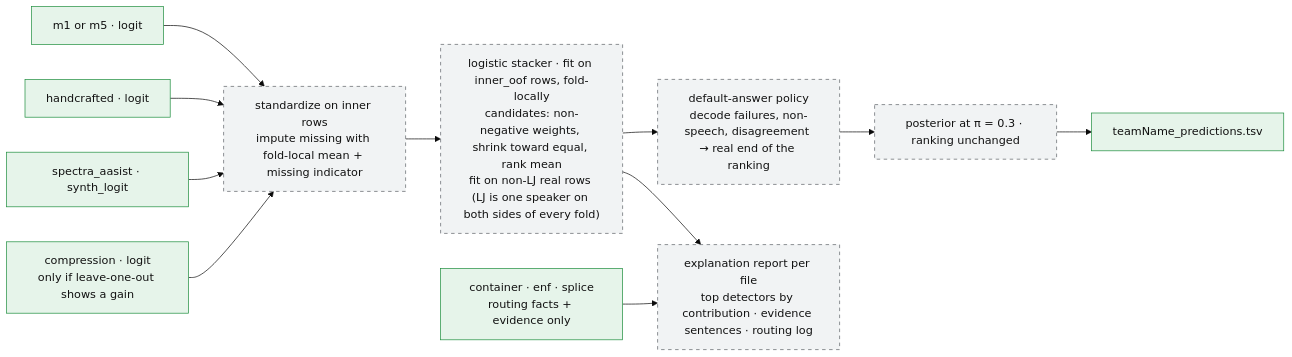
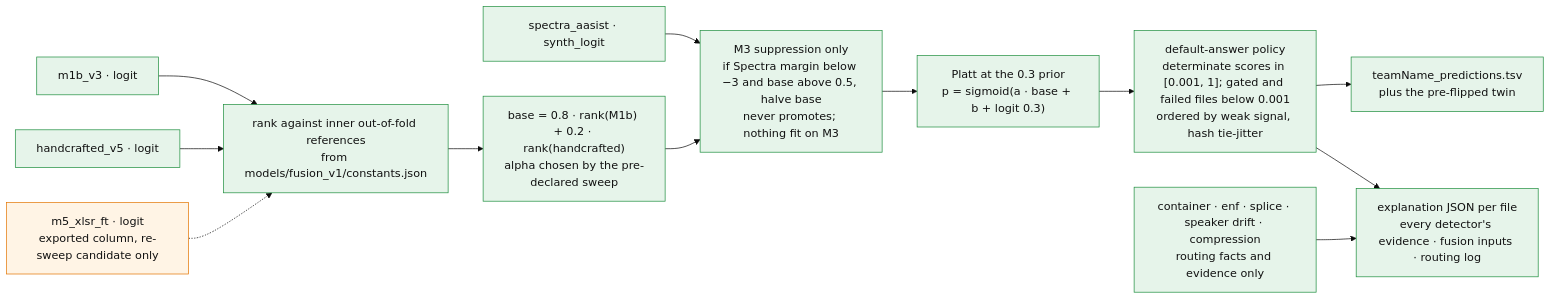
One commit to nrstough/hearsay changed the fifth of 5 diagrams in docs/architecture.md. Above: the diagram before and after it, drawn with Mermaid (base theme). The commit also changed other lines of this file and 19 other files, not shown here.

Commit message:
docs(oversight): frontend wiring handoff for Hrushi (fusion section spelled out), consult response, handoffs, code map, architecture diagram, STATUS

````diff
--- a/docs/architecture.md
+++ b/docs/architecture.md
@@ -278,28 +213,30 @@
 ```mermaid
 flowchart LR
-  E1["m1 or m5 · logit"]
-  E2["handcrafted · logit"]
+  E1["m1b_v3 · logit"]
+  E2["handcrafted_v5 · logit"]
   E3["spectra_aasist · synth_logit"]
-  E4["compression · logit<br/>only if leave-one-out shows a gain"]
-  Z["standardize on inner rows<br/>impute missing with fold-local mean + missing indicator"]
-  E1 --> Z
-  E2 --> Z
-  E3 --> Z
-  E4 --> Z
-  STK["logistic stacker · fit on inner_oof rows, fold-locally<br/>candidates: non-negative weights, shrink toward equal, rank mean<br/>fit on non-LJ real rows (LJ is one speaker on both sides of every fold)"]
-  Z --> STK
-  GATE["default-answer policy<br/>decode failures, non-speech, disagreement → real end of the ranking"]
-  STK --> GATE
-  POST["posterior at π = 0.3 · ranking unchanged"]
-  GATE --> POST
-  TSV["teamName_predictions.tsv"]
-  POST --> TSV
-  RB["container · enf · splice<br/>routing facts + evidence only"]
-  EXP["explanation report per file<br/>top detectors by contribution · evidence sentences · routing log"]
+  E4["m5_xlsr_ft · logit<br/>exported column, re-sweep candidate only"]
+  R1["rank against inner out-of-fold references<br/>from models/fusion_v1/constants.json"]
+  E1 --> R1
+  E2 --> R1
+  BL["base = 0.8 · rank(M1b) + 0.2 · rank(handcrafted)<br/>alpha chosen by the pre-declared sweep"]
+  R1 --> BL
+  SUP["M3 suppression only<br/>if Spectra margin below −3 and base above 0.5, halve base<br/>never promotes; nothing fit on M3"]
+  E3 --> SUP
+  BL --> SUP
+  PL["Platt at the 0.3 prior<br/>p = sigmoid(a · base + b + logit 0.3)"]
+  SUP --> PL
+  GATE["default-answer policy<br/>determinate scores in [0.001, 1]; gated and failed files below 0.001<br/>ordered by weak signal, hash tie-jitter"]
+  PL --> GATE
+  TSV["teamName_predictions.tsv<br/>plus the pre-flipped twin"]
+  GATE --> TSV
+  RB["container · enf · splice · speaker drift · compression<br/>routing facts and evidence only"]
+  EXP["explanation JSON per file<br/>every detector's evidence · fusion inputs · routing log"]
   RB --> EXP
-  STK --> EXP
-  classDef planned fill:#f1f3f4,stroke:#5f6368,color:#111,stroke-dasharray:5
+  GATE --> EXP
+  E4 -.-> R1
   classDef built fill:#e6f4ea,stroke:#1e8e3e,color:#111
-  class E1,E2,E3,E4,RB,TSV built
-  class Z,STK,GATE,POST,EXP planned
+  classDef flight fill:#fff4e5,stroke:#e37400,color:#111
+  class E1,E2,E3,R1,BL,SUP,PL,GATE,TSV,RB,EXP built
+  class E4 flight
 ```
````
